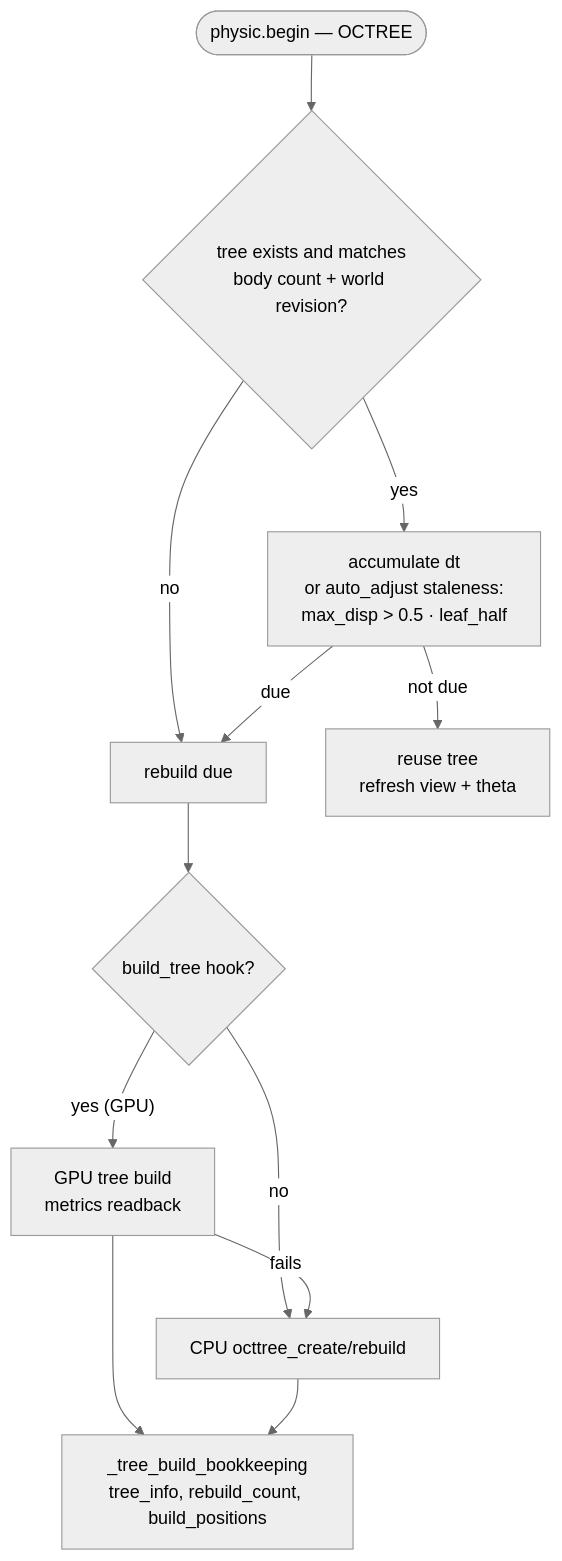
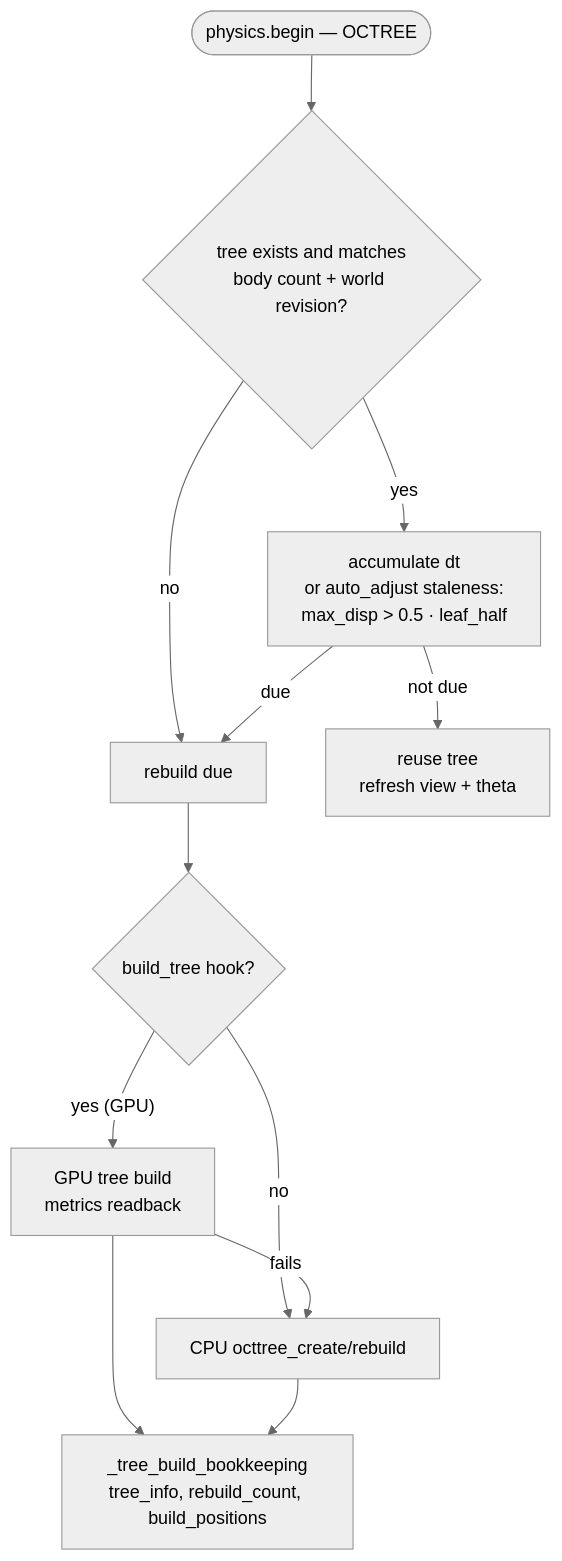
The fourth of 5 diagrams in docs/physics.md (TanukiConDos/Gravity-Simulator), drawn with Mermaid (neutral theme) before and after one commit. The commit also changed other lines of this file and 115 other files, not shown here.

````diff
--- a/docs/physics.md
+++ b/docs/physics.md
@@ -120,14 +120,14 @@
 ```mermaid
 flowchart TD
-    ensure(["physic.begin — OCTREE"]) --> matches{"tree exists and matches<br/>body count + world revision?"}
+    ensure(["physics.begin — OCTREE"]) --> matches{"tree exists and matches<br/>body count + world revision?"}
     matches -->|"no"| stale
     matches -->|"yes"| interval["accumulate dt<br/>or auto_adjust staleness:<br/>max_disp &gt; 0.5 · leaf_half"]
     interval -->|"due"| stale["rebuild due"]
     interval -->|"not due"| reuse["reuse tree<br/>refresh view + theta"]
     stale --> build{"build_tree hook?"}
     build -->|"yes (GPU)"| gpub["GPU tree build<br/>metrics readback"]
     build -->|"no"| cpub["CPU octtree_create/rebuild"]
     gpub -->|"fails"| cpub
     gpub --> book["_tree_build_bookkeeping<br/>tree_info, rebuild_count, build_positions"]
     cpub --> book
 ```
````
